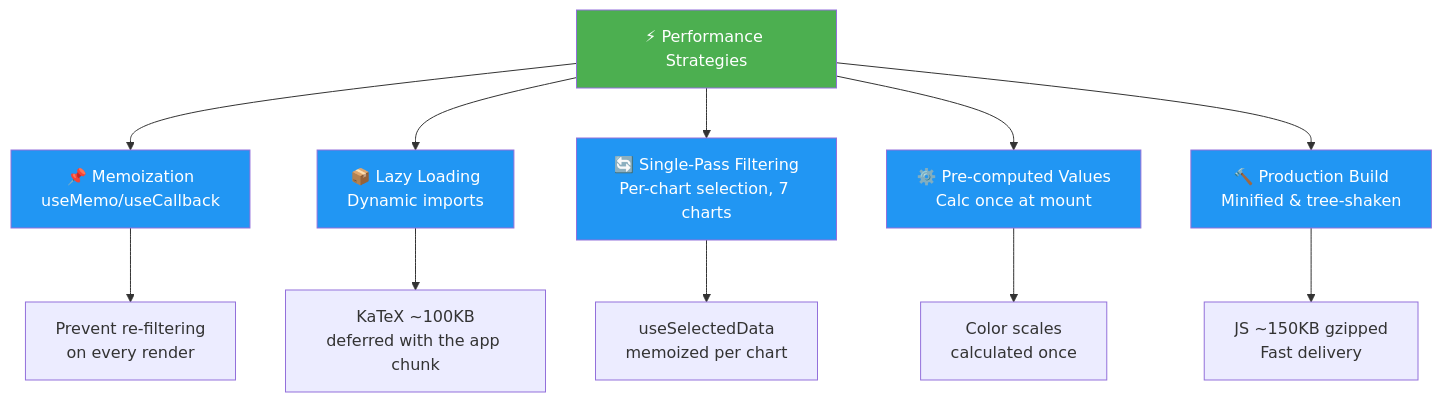
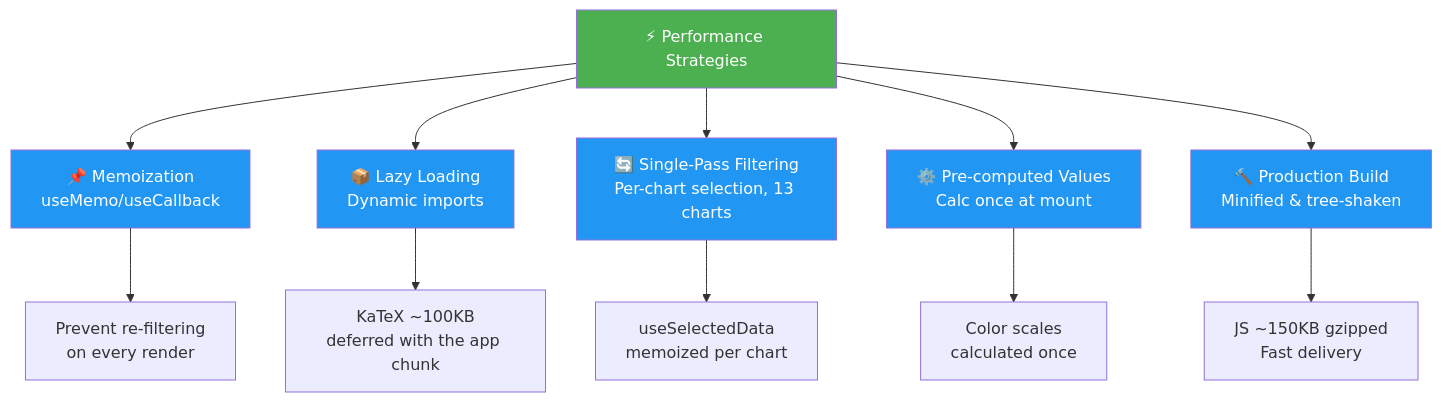
Diagram 13 of 17 in ARCHITECTURE.md (RetroHazard/JP_Immigration_Dashboard), drawn with Mermaid before and after one commit. The commit also changed other lines of this file and 87 other files, not shown here.

First line of the commit message:
Add Foreign Residents dataset with growth, flow, and status analytics (#77)

````diff
--- a/ARCHITECTURE.md
+++ b/ARCHITECTURE.md
@@ -480,23 +608,23 @@
 ```mermaid
 graph TD
     PERF["⚡ Performance Strategies"]
     
     PERF --> MEMO["📌 Memoization<br/>useMemo/useCallback"]
     PERF --> LAZY["📦 Lazy Loading<br/>Dynamic imports"]
-    PERF --> SINGLE["🔄 Single-Pass Filtering<br/>Per-chart selection, 7 charts"]
+    PERF --> SINGLE["🔄 Single-Pass Filtering<br/>Per-chart selection, 13 charts"]
     PERF --> PRECOMP["⚙️ Pre-computed Values<br/>Calc once at mount"]
     PERF --> BUILD["🔨 Production Build<br/>Minified & tree-shaken"]
     
     MEMO --> EXAMPLE1["Prevent re-filtering<br/>on every render"]
     LAZY --> EXAMPLE2["KaTeX ~100KB<br/>deferred with the app chunk"]
     SINGLE --> EXAMPLE3["useSelectedData<br/>memoized per chart"]
     PRECOMP --> EXAMPLE4["Color scales<br/>calculated once"]
     BUILD --> EXAMPLE5["JS ~150KB gzipped<br/>Fast delivery"]
     
     style PERF fill:#4CAF50,color:#fff
     style MEMO fill:#2196F3,color:#fff
     style LAZY fill:#2196F3,color:#fff
     style SINGLE fill:#2196F3,color:#fff
     style PRECOMP fill:#2196F3,color:#fff
     style BUILD fill:#2196F3,color:#fff
 ```
````
